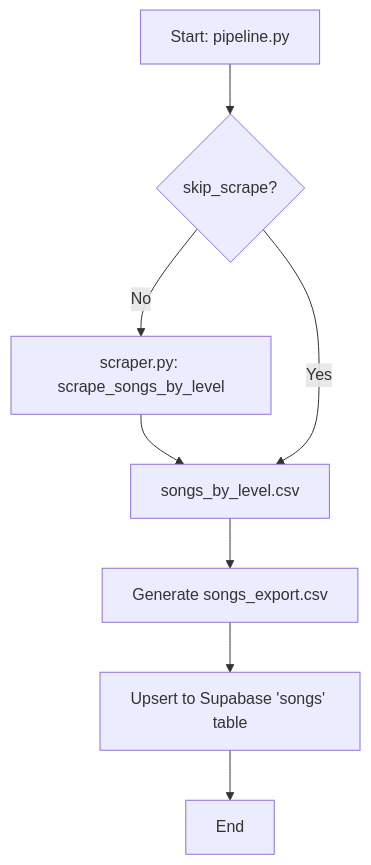
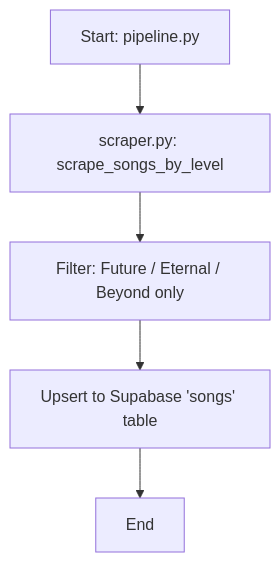
One commit to rtrin/arcaeacharts-db-pipeline changed the diagram in README.md. Above: the diagram before and after it, drawn with Mermaid. The commit also changed other lines of this file and 2 other files, not shown here.

Commit message:
refactor: remove Past and Present difficulties, keep only Future/Eternal/Beyond
Filter out Past and Present chart difficulties from both scraping paths
(individual song pages and Songs_by_Level bulk table). Remove CSV artifact
generation (songs_by_level.csv, songs_export.csv), --skip-scrape flag, and
related imports. Update README diagram and docs.

````diff
--- a/README.md
+++ b/README.md
@@ -18,10 +13,7 @@
 ```mermaid
 graph TD
-    A[Start: pipeline.py] --> B{skip_scrape?}
-    B -- No --> C[scraper.py: scrape_songs_by_level]
-    C --> D[songs_by_level.csv]
-    B -- Yes --> D
-    D --> E[Generate songs_export.csv]
-    E --> F[Upsert to Supabase 'songs' table]
-    F --> G[End]
+    A[Start: pipeline.py] --> B[scraper.py: scrape_songs_by_level]
+    B --> C[Filter: Future / Eternal / Beyond only]
+    C --> D[Upsert to Supabase 'songs' table]
+    D --> E[End]
 ```
````
